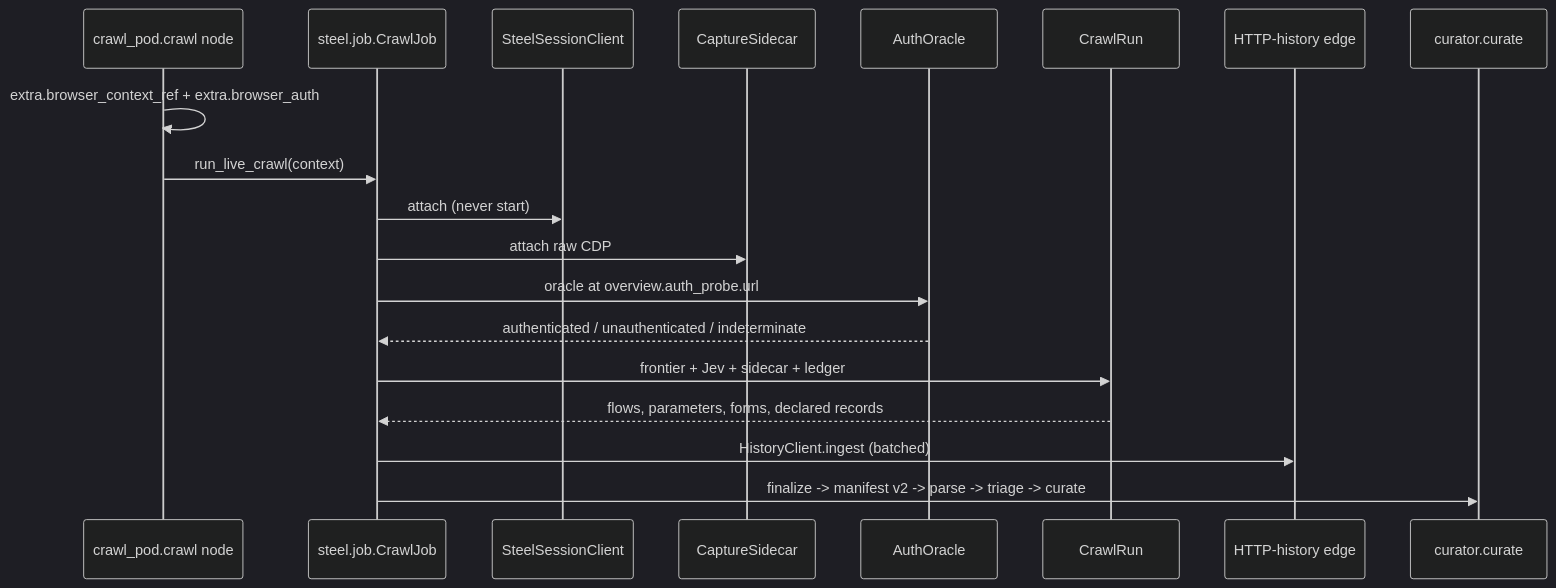
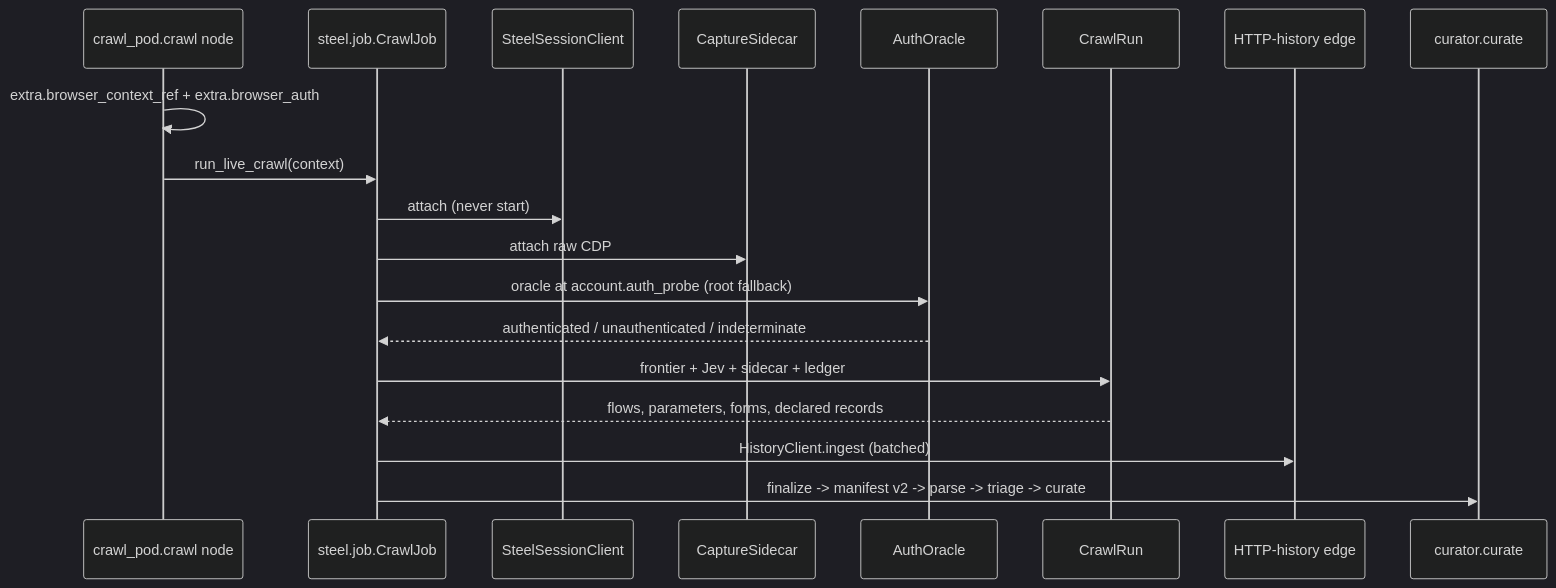
The seventh of 7 diagrams in docs/design/recon-pipeline-design.md (Diekgbbtt/polyphemus), drawn with Mermaid (dark theme) before and after one commit. The commit also changed 25 other files, not shown here.

````diff
--- a/docs/design/recon-pipeline-design.md
+++ b/docs/design/recon-pipeline-design.md
@@ -427,22 +427,22 @@
 ```mermaid
 sequenceDiagram
     participant CP as crawl_pod.crawl node
     participant CJ as steel.job.CrawlJob
     participant SC as SteelSessionClient
     participant SIDE as CaptureSidecar
     participant AUTH as AuthOracle
     participant RUN as CrawlRun
     participant EDGE as HTTP-history edge
     participant CUR as curator.curate
 
     CP->>CP: extra.browser_context_ref + extra.browser_auth
     CP->>CJ: run_live_crawl(context)
     CJ->>SC: attach (never start)
     CJ->>SIDE: attach raw CDP
-    CJ->>AUTH: oracle at overview.auth_probe.url
+    CJ->>AUTH: oracle at account.auth_probe (root fallback)
     AUTH-->>CJ: authenticated / unauthenticated / indeterminate
     CJ->>RUN: frontier + Jev + sidecar + ledger
     RUN-->>CJ: flows, parameters, forms, declared records
     CJ->>EDGE: HistoryClient.ingest (batched)
     CJ->>CUR: finalize -> manifest v2 -> parse -> triage -> curate
 ```
````
